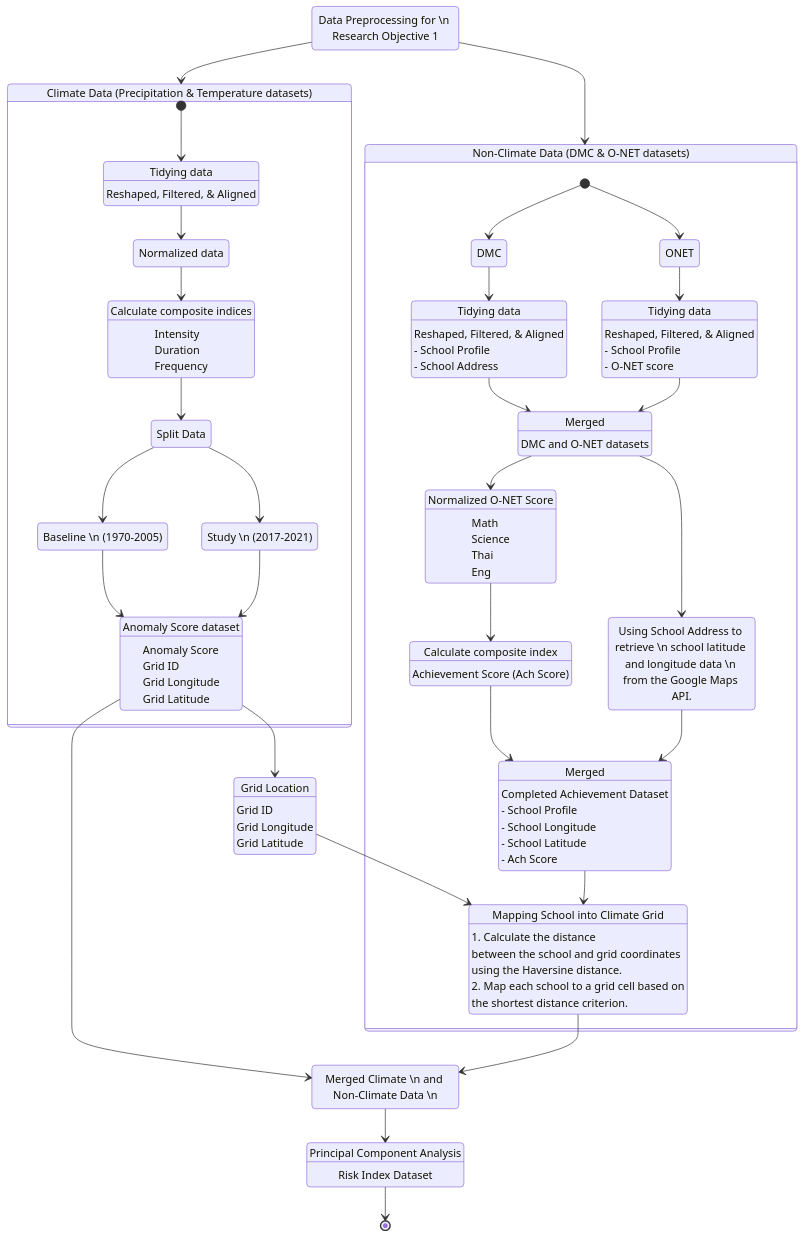
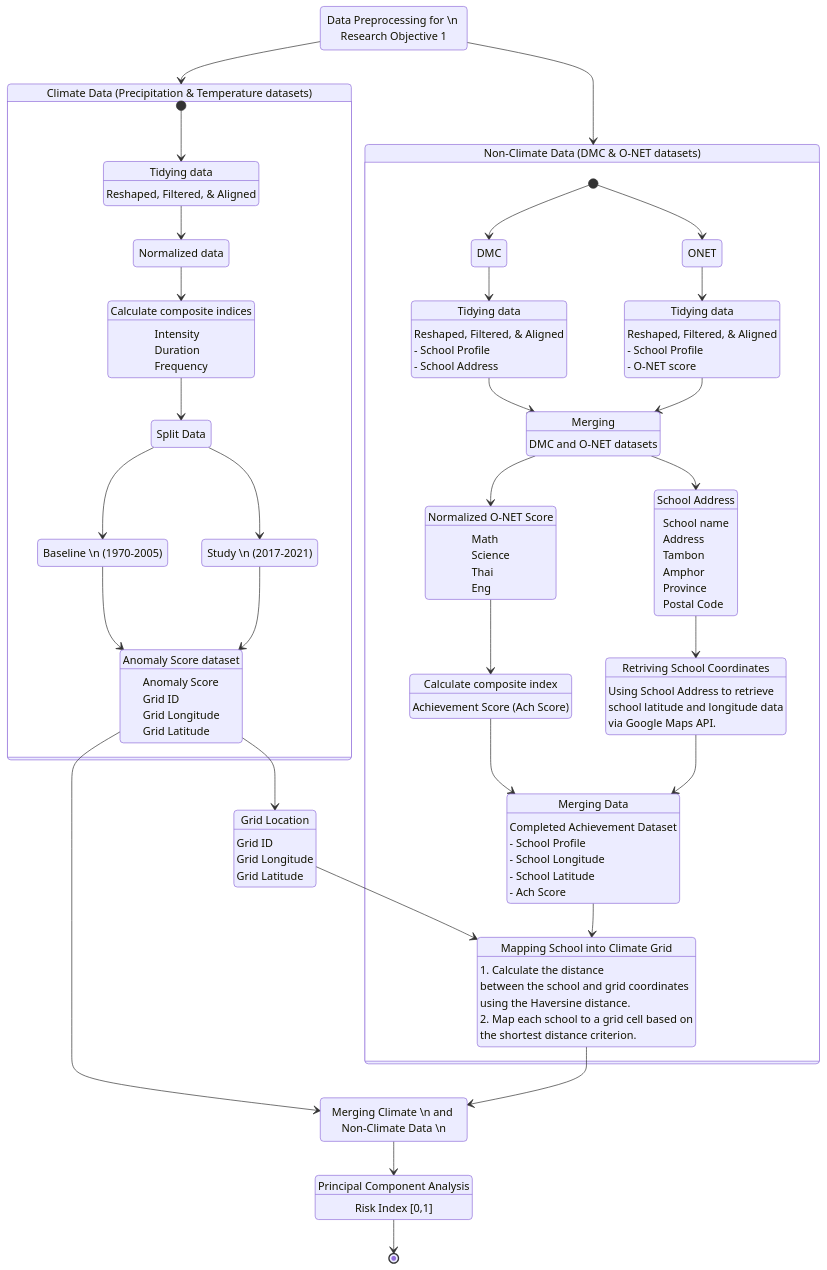
Before and after one commit to datakruroo/datakruroo.github.io: the seventh of 7 diagrams in UNICEF/Presentation/presentation_unicef.qmd, drawn with Mermaid. The commit also changed other lines of this file and 61 other files, not shown here.

````diff
--- a/UNICEF/Presentation/presentation_unicef.qmd
+++ b/UNICEF/Presentation/presentation_unicef.qmd
@@ -513,68 +653,72 @@
 ```{mermaid}
 stateDiagram-v2
     Objective1 --> NamedComposite1
-    NamedComposite1: Climate Data (Precipitation & Temperature datasets)
+    NamedComposite1: Climate Data (Precipitation & Temperature datasets) \n
     Objective1: Data Preprocessing for \n Research Objective 1
     state NamedComposite1 {
         [*] --> A
         A --> B
         B --> C
         C --> D
         D --> E
         D --> F
         E --> G
         F --> G
         A: Tidying data
         A: Reshaped, Filtered, & Aligned
         B: Normalized data
         C: Calculate composite indices
         C: Intensity \n Duration \n Frequency
         D: Split Data
         E: <center>Baseline \n (1970-2005)</center>
         F: <center>Study \n (2017-2021)</center>
         G: Anomaly Score dataset
         G: Anomaly Score \n Grid ID \n Grid Longitude \n Grid Latitude
     }
     Objective1 --> NamedComposite2
     NamedComposite2: Non-Climate Data (DMC & O-NET datasets)
     state NamedComposite2 {
         [*] --> DMC
         [*] --> ONET
         DMC --> step1A
         ONET --> step1B
         step1A --> step2
         step1B --> step2
         step2 --> step3
-        step2 --> google
+        step2 --> schlocation
+        schlocation --> google
         google -->step5
         step3 --> step4
         step4 --> step5
         step5 --> step6
         step1A: Tidying data
         step1A: Reshaped, Filtered, & Aligned \n - School Profile \n - School Address
         step1B: Tidying data
         step1B: Reshaped, Filtered, & Aligned \n - School Profile \n - O-NET score
-        step2: Merged
+        step2: Merging
         step2: DMC and O-NET datasets
-        google: Using School Address to retrieve \n school latitude and longitude data \n from the Google Maps API.
+        schlocation: School Address
+        schlocation: School name \n Address \n Tambon \n Amphor \n Province \n Postal Code
+        google: Retriving School Coordinates
+        google: Using School Address to retrieve \n school latitude and longitude data \n via Google Maps API.
         step3: Normalized O-NET Score
         step3: Math \n Science \n Thai \n Eng
         step4: Calculate composite index
         step4: Achievement Score (Ach Score)
-        step5: Merged
+        step5: Merging Data
         step5: Completed Achievement Dataset \n - School Profile \n - School Longitude \n - School Latitude \n - Ach Score
         step6: Mapping School into Climate Grid
         step6: 1. Calculate the distance \n between the school and grid coordinates \n using the Haversine distance. \n 2. Map each school to a grid cell based on \n the shortest distance criterion.
     }
     G --> final
     G --> subset
     subset --> step6
     step6 --> final
     final --> PCA
     PCA --> [*]
     subset: Grid Location
     subset: Grid ID \n Grid Longitude \n Grid Latitude
-    final: Merged Climate \n and Non-Climate Data \n
+    final: Merging Climate \n and Non-Climate Data \n
     PCA: Principal Component Analysis
-    PCA: Risk Index Dataset
+    PCA: Risk Index [0,1]
 ```
````
